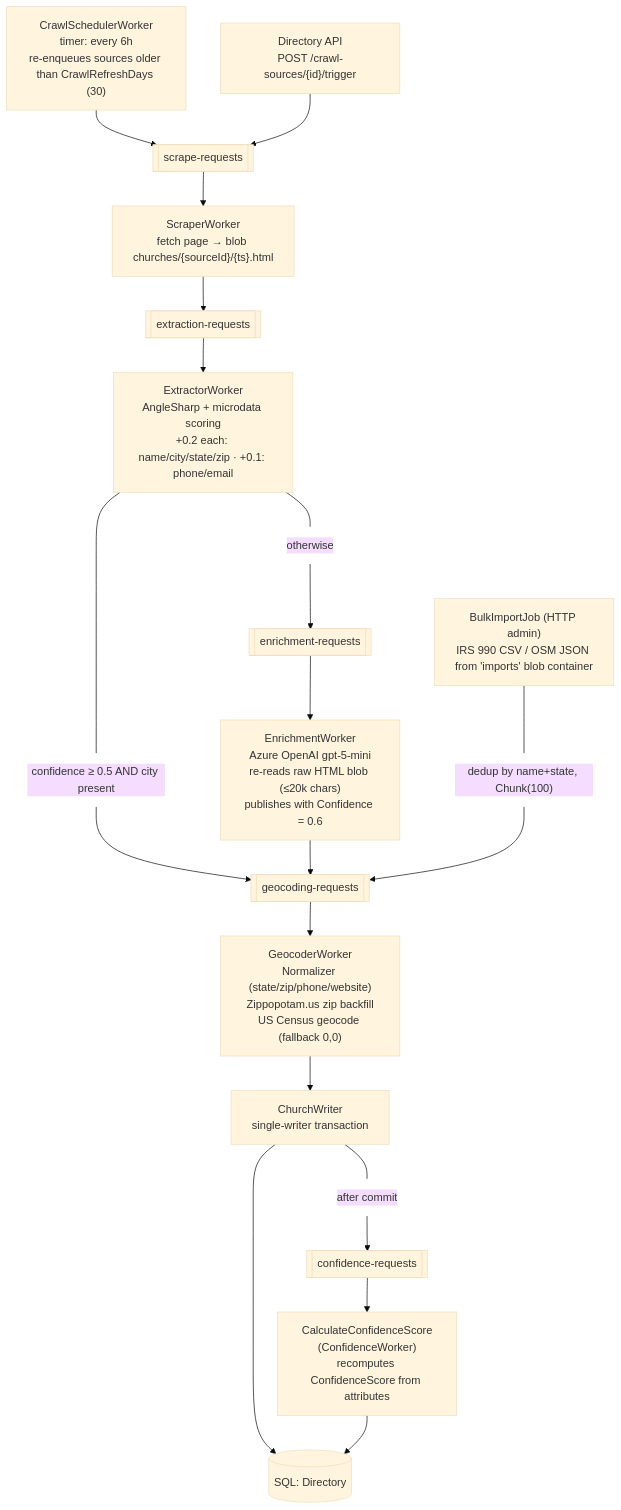
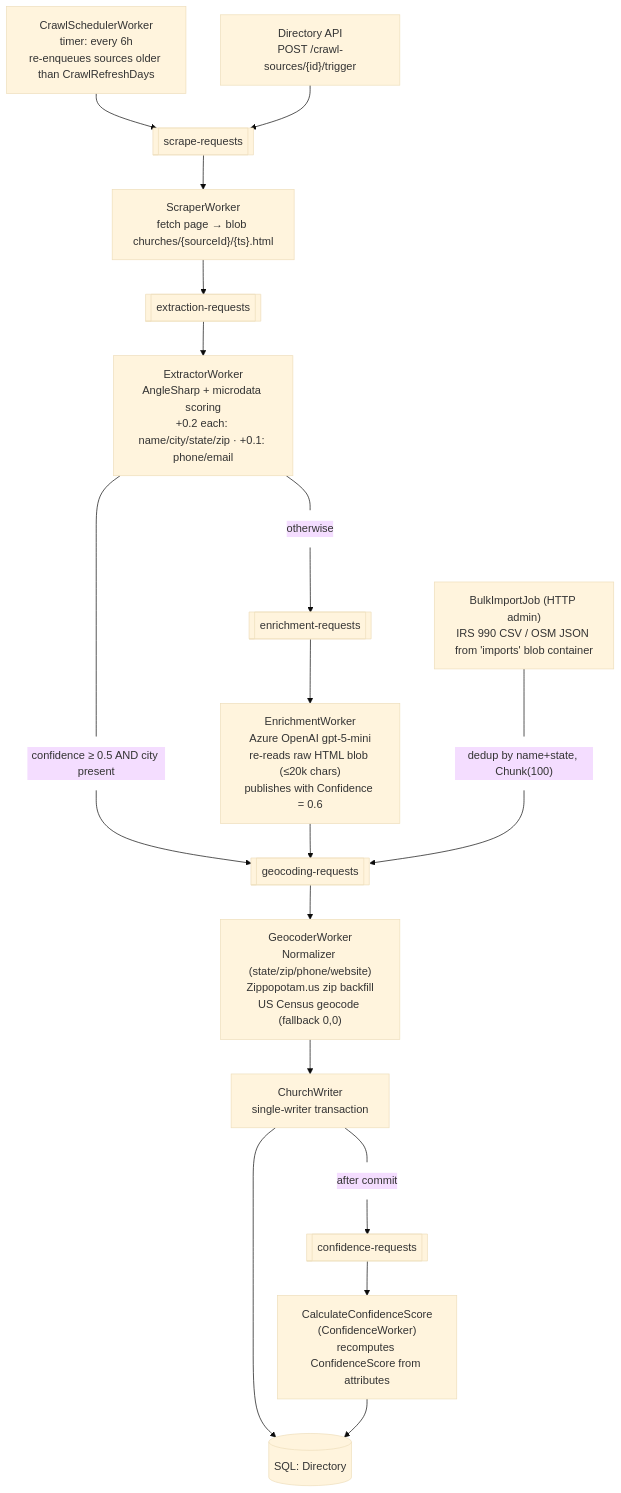
Before and after one commit to crgolden/Churches: the sixth of 8 diagrams in ARCHITECTURE.md, drawn with Mermaid (base theme). The commit also changed other lines of this file and 136 other files, not shown here.

````diff
--- a/ARCHITECTURE.md
+++ b/ARCHITECTURE.md
@@ -314,31 +317,31 @@
 ```mermaid
 flowchart TD
-    CS["CrawlSchedulerWorker<br/>timer: every 6h<br/>re-enqueues sources older than CrawlRefreshDays (30)"]
+    CS["CrawlSchedulerWorker<br/>timer: every 6h<br/>re-enqueues sources older than CrawlRefreshDays"]
     TRG["Directory API<br/>POST /crawl-sources/{id}/trigger"]
     BIJ["BulkImportJob (HTTP admin)<br/>IRS 990 CSV / OSM JSON from 'imports' blob container"]
 
     Q1[["scrape-requests"]]
     SW["ScraperWorker<br/>fetch page → blob churches/{sourceId}/{ts}.html"]
     Q2[["extraction-requests"]]
     EX["ExtractorWorker<br/>AngleSharp + microdata scoring<br/>+0.2 each: name/city/state/zip · +0.1: phone/email"]
     Q3[["enrichment-requests"]]
     EN["EnrichmentWorker<br/>Azure OpenAI gpt-5-mini<br/>re-reads raw HTML blob (≤20k chars)<br/>publishes with Confidence = 0.6"]
     Q4[["geocoding-requests"]]
     GW["GeocoderWorker<br/>Normalizer (state/zip/phone/website)<br/>Zippopotam.us zip backfill<br/>US Census geocode (fallback 0,0)"]
     CW["ChurchWriter<br/>single-writer transaction"]
     Q5[["confidence-requests"]]
     CC["CalculateConfidenceScore<br/>(ConfidenceWorker)<br/>recomputes ConfidenceScore from attributes"]
     DB[("SQL: Directory")]
 
     CS --> Q1
     TRG --> Q1
     Q1 --> SW --> Q2 --> EX
     EX --- EXT["confidence ≥ 0.5 AND city present"] --> Q4
     EX --- EXO["otherwise"] --> Q3 --> EN --> Q4
     BIJ --- BIL["dedup by name+state, Chunk(100)"] --> Q4
     Q4 --> GW --> CW --> DB
     CW --- CWL["after commit"] --> Q5 --> CC --> DB
 
     classDef edgeLabel fill:none,stroke:none
     class EXT,EXO,BIL,CWL edgeLabel
 ```
````
